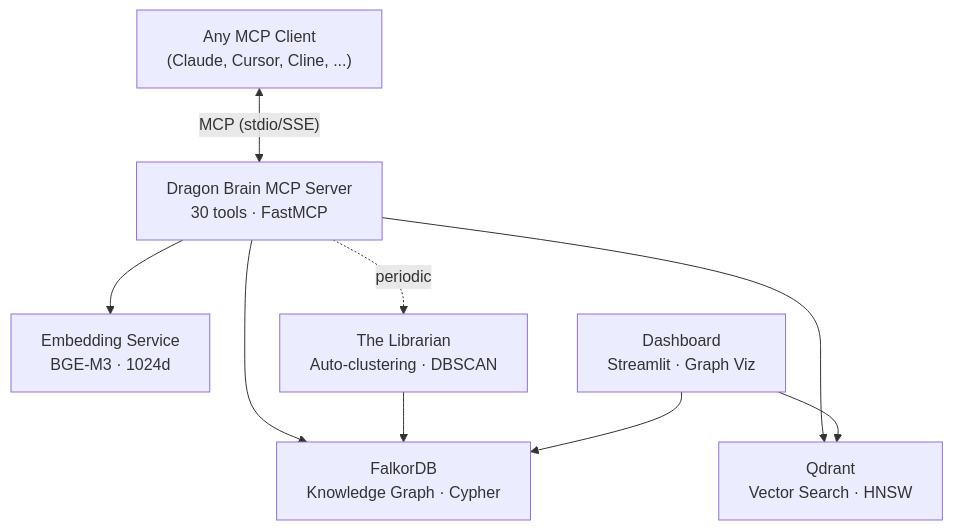
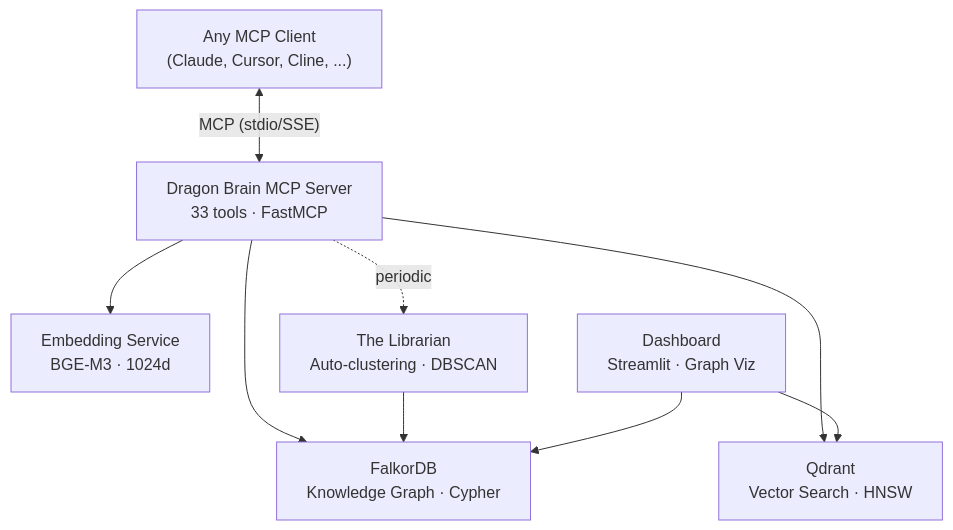
One commit to epicDirk/Dragon-Brain changed the diagram in README.md. Above: the diagram before and after it, drawn with Mermaid. The commit also changed other lines of this file and 15 other files, not shown here.

````diff
--- a/README.md
+++ b/README.md
@@ -229,19 +229,19 @@
 ```mermaid
 graph TB
     Client["Any MCP Client<br/>(Claude, Cursor, Cline, ...)"]
-    Server["Dragon Brain MCP Server<br/>30 tools · FastMCP"]
+    Server["Dragon Brain MCP Server<br/>33 tools · FastMCP"]
     FalkorDB["FalkorDB<br/>Knowledge Graph · Cypher"]
     Qdrant["Qdrant<br/>Vector Search · HNSW"]
     Embeddings["Embedding Service<br/>BGE-M3 · 1024d"]
     Librarian["The Librarian<br/>Auto-clustering · DBSCAN"]
     Dashboard["Dashboard<br/>Streamlit · Graph Viz"]
 
     Client <-->|"MCP (stdio/SSE)"| Server
     Server --> FalkorDB
     Server --> Qdrant
     Server --> Embeddings
     Server -.->|"periodic"| Librarian
     Librarian --> FalkorDB
     Dashboard --> FalkorDB
     Dashboard --> Qdrant
 ```
````
